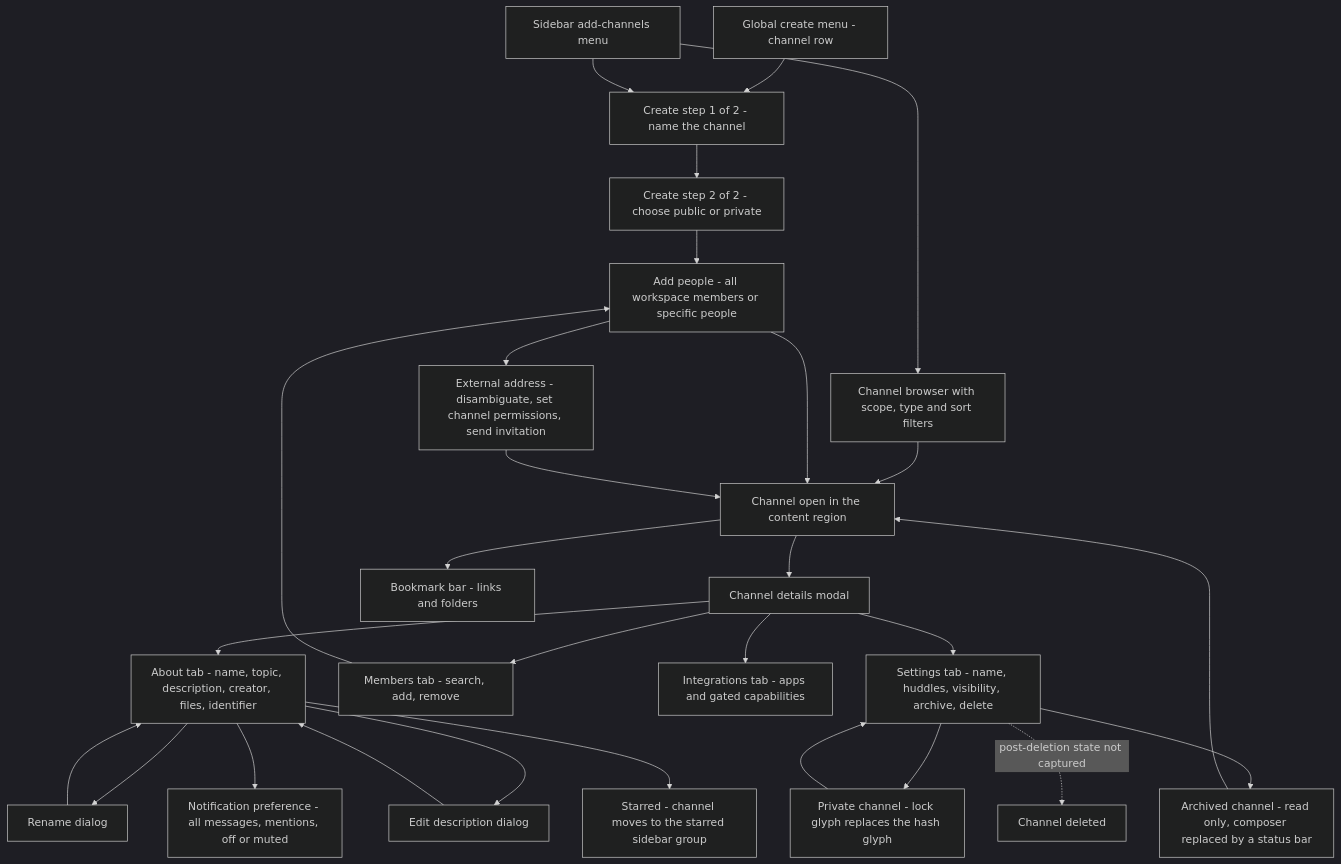
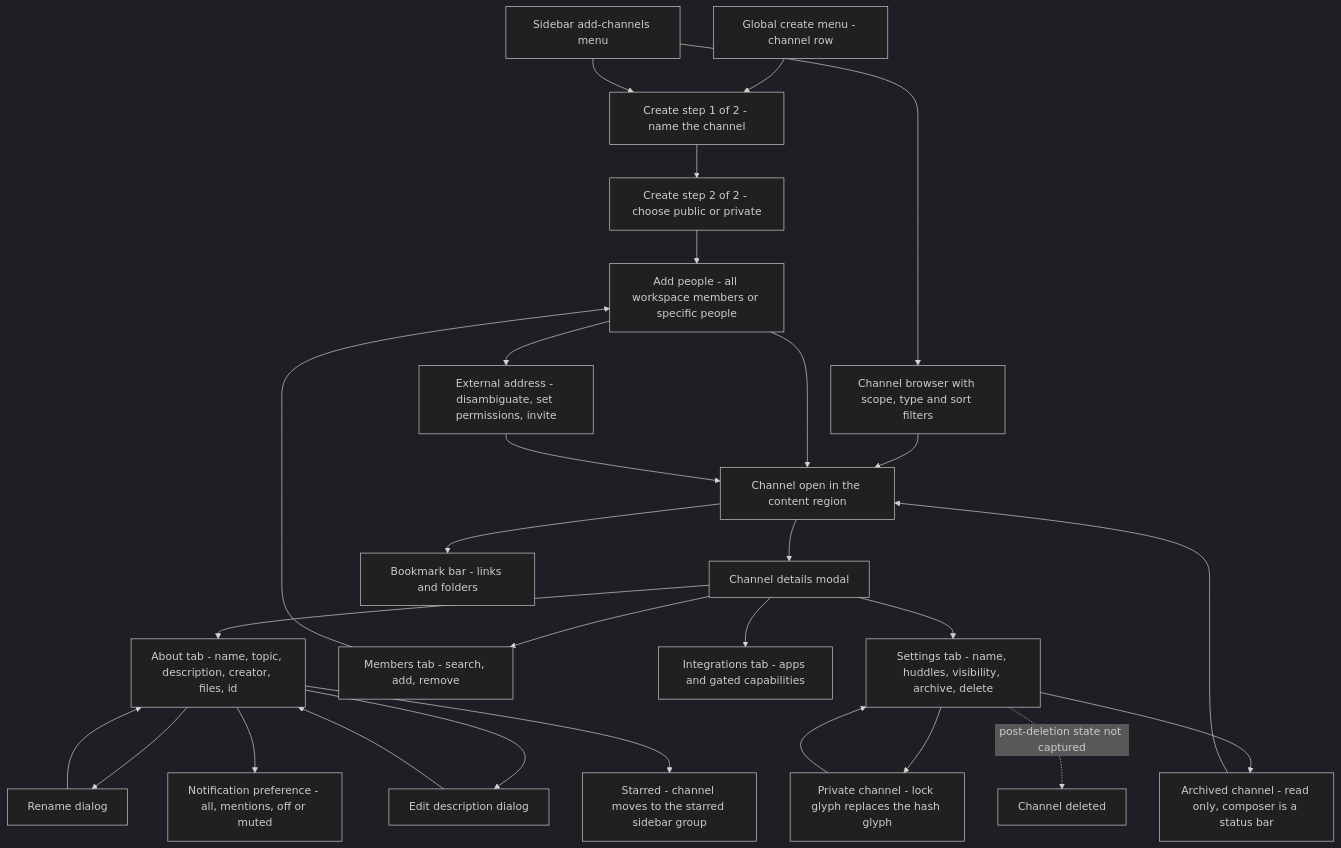
Before and after one commit to blitzy-research/blitzy-slack: the first of 2 diagrams in docs/workflows/02-channels.md, drawn with Mermaid (dark theme). The commit also changed 18 other files, not shown here.

````diff
--- a/docs/workflows/02-channels.md
+++ b/docs/workflows/02-channels.md
@@ -53,52 +53,52 @@
 ```mermaid
 flowchart TD
     CREATEMENU["Global create menu - channel row"]
     ADDMENU["Sidebar add-channels menu"]
     BROWSER["Channel browser with scope, type and sort filters"]
     STEP1["Create step 1 of 2 - name the channel"]
     STEP2["Create step 2 of 2 - choose public or private"]
     ADDPEOPLE["Add people - all workspace members or specific people"]
-    EXTERNAL["External address - disambiguate, set channel permissions, send invitation"]
+    EXTERNAL["External address - disambiguate, set permissions, invite"]
     OPEN["Channel open in the content region"]
     DETAILS["Channel details modal"]
-    ABOUT["About tab - name, topic, description, creator, files, identifier"]
+    ABOUT["About tab - name, topic, description, creator, files, id"]
     MEMBERS["Members tab - search, add, remove"]
     INTEGRATIONS["Integrations tab - apps and gated capabilities"]
     SETTINGS["Settings tab - name, huddles, visibility, archive, delete"]
     RENAME["Rename dialog"]
     DESCRIPTION["Edit description dialog"]
-    NOTIFY["Notification preference - all messages, mentions, off or muted"]
+    NOTIFY["Notification preference - all, mentions, off or muted"]
     STAR["Starred - channel moves to the starred sidebar group"]
     BOOKMARKS["Bookmark bar - links and folders"]
     PRIVATE["Private channel - lock glyph replaces the hash glyph"]
-    ARCHIVED["Archived channel - read only, composer replaced by a status bar"]
+    ARCHIVED["Archived channel - read only, composer is a status bar"]
     DELETED["Channel deleted"]
 
     CREATEMENU --> STEP1
     ADDMENU --> STEP1
     ADDMENU --> BROWSER
     BROWSER --> OPEN
     STEP1 --> STEP2
     STEP2 --> ADDPEOPLE
     ADDPEOPLE --> EXTERNAL
     ADDPEOPLE --> OPEN
     EXTERNAL --> OPEN
     OPEN --> DETAILS
     OPEN --> BOOKMARKS
     DETAILS --> ABOUT
     DETAILS --> MEMBERS
     DETAILS --> INTEGRATIONS
     DETAILS --> SETTINGS
     ABOUT --> RENAME
     ABOUT --> DESCRIPTION
     ABOUT --> NOTIFY
     ABOUT --> STAR
     RENAME --> ABOUT
     DESCRIPTION --> ABOUT
     MEMBERS --> ADDPEOPLE
     SETTINGS --> PRIVATE
     SETTINGS --> ARCHIVED
     SETTINGS -.->|"post-deletion state not captured"| DELETED
     PRIVATE --> SETTINGS
     ARCHIVED --> OPEN
 ```
````
